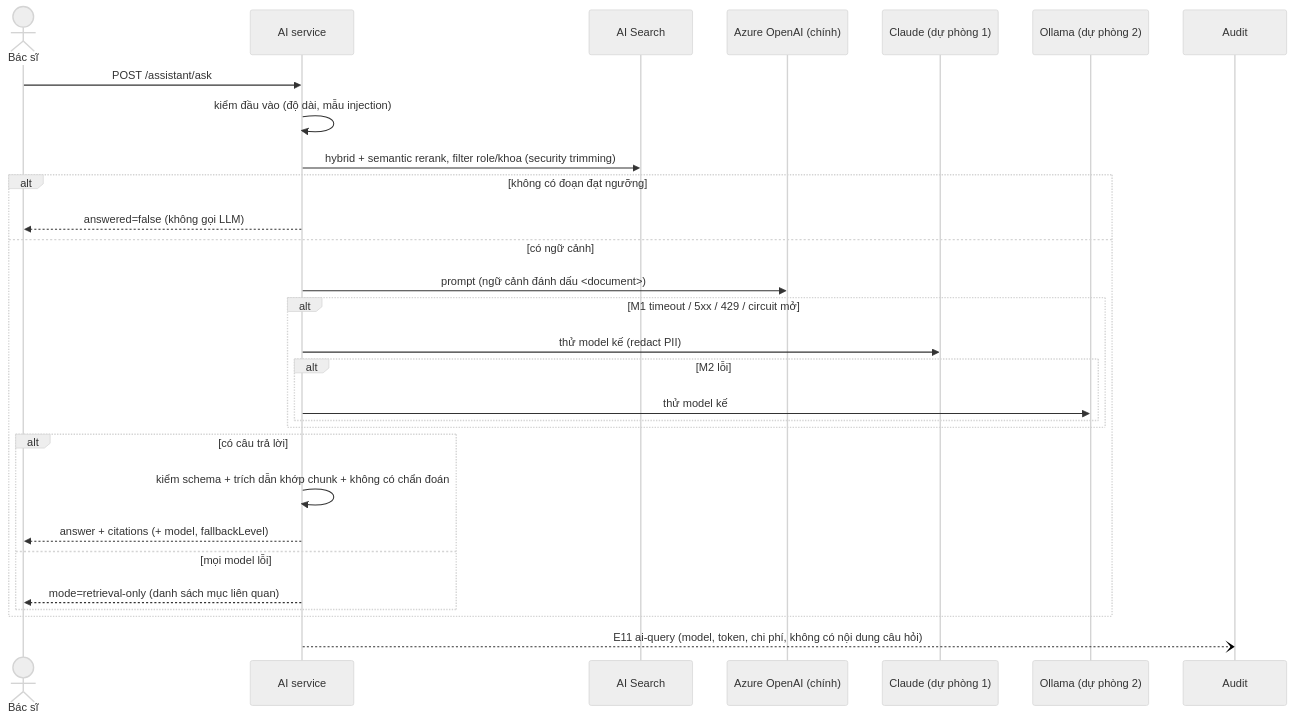
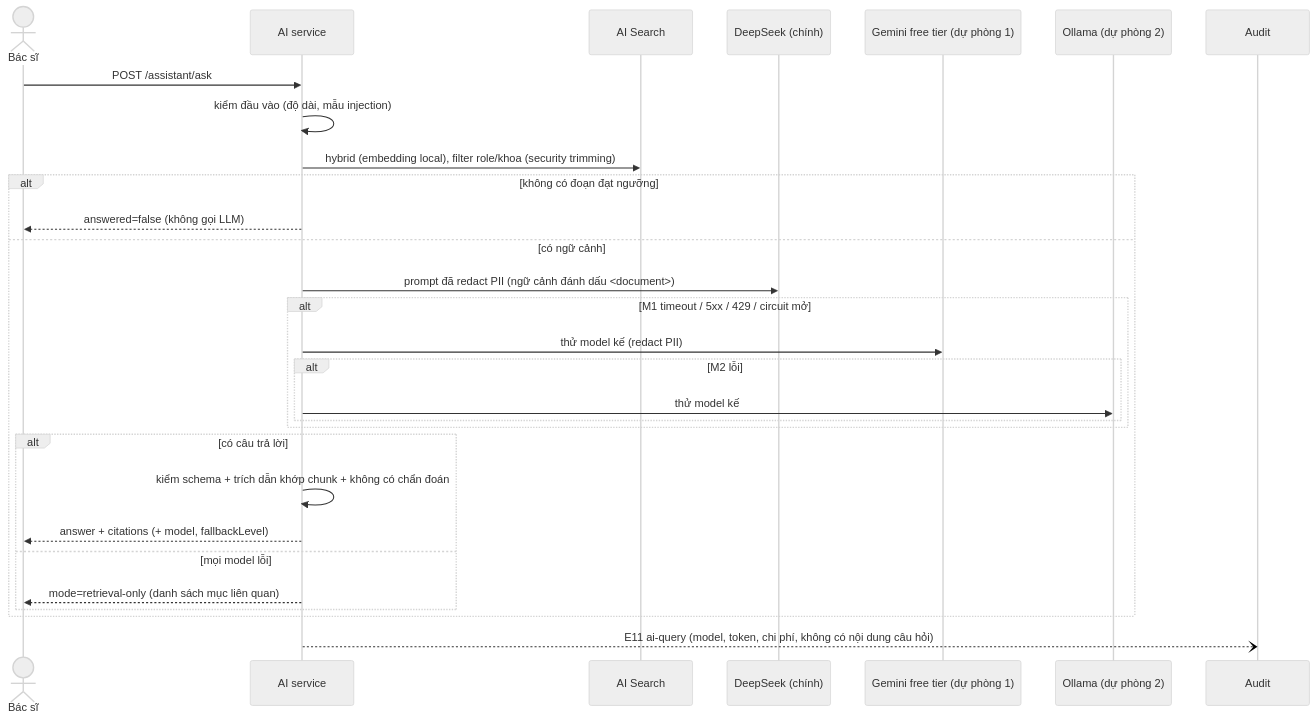
Before and after one commit to viethung12062005/smart-hospital-platform: the fifth of 6 diagrams in docs/03-architecture/detailed-design/14-sequences.md, drawn with Mermaid (neutral theme). The commit also changed 15 other files, not shown here.

Commit message:
ADR-0013: DeepSeek primary, Gemini free-tier fallback, local embedding; drop Azure model services

````diff
--- a/docs/03-architecture/detailed-design/14-sequences.md
+++ b/docs/03-architecture/detailed-design/14-sequences.md
@@ -149,32 +149,32 @@
 ```mermaid
 sequenceDiagram
     actor U as Bác sĩ
     participant AI as AI service
     participant SRCH as AI Search
-    participant M1 as Azure OpenAI (chính)
-    participant M2 as Claude (dự phòng 1)
+    participant M1 as DeepSeek (chính)
+    participant M2 as Gemini free tier (dự phòng 1)
     participant M3 as Ollama (dự phòng 2)
     participant AUD as Audit
 
     U->>AI: POST /assistant/ask
     AI->>AI: kiểm đầu vào (độ dài, mẫu injection)
-    AI->>SRCH: hybrid + semantic rerank, filter role/khoa (security trimming)
+    AI->>SRCH: hybrid (embedding local), filter role/khoa (security trimming)
     alt không có đoạn đạt ngưỡng
         AI-->>U: answered=false (không gọi LLM)
     else có ngữ cảnh
-        AI->>M1: prompt (ngữ cảnh đánh dấu <document>)
+        AI->>M1: prompt đã redact PII (ngữ cảnh đánh dấu <document>)
         alt M1 timeout / 5xx / 429 / circuit mở
             AI->>M2: thử model kế (redact PII)
             alt M2 lỗi
                 AI->>M3: thử model kế
             end
         end
         alt có câu trả lời
             AI->>AI: kiểm schema + trích dẫn khớp chunk + không có chẩn đoán
             AI-->>U: answer + citations (+ model, fallbackLevel)
         else mọi model lỗi
             AI-->>U: mode=retrieval-only (danh sách mục liên quan)
         end
     end
     AI--)AUD: E11 ai-query (model, token, chi phí, không có nội dung câu hỏi)
 ```
````
